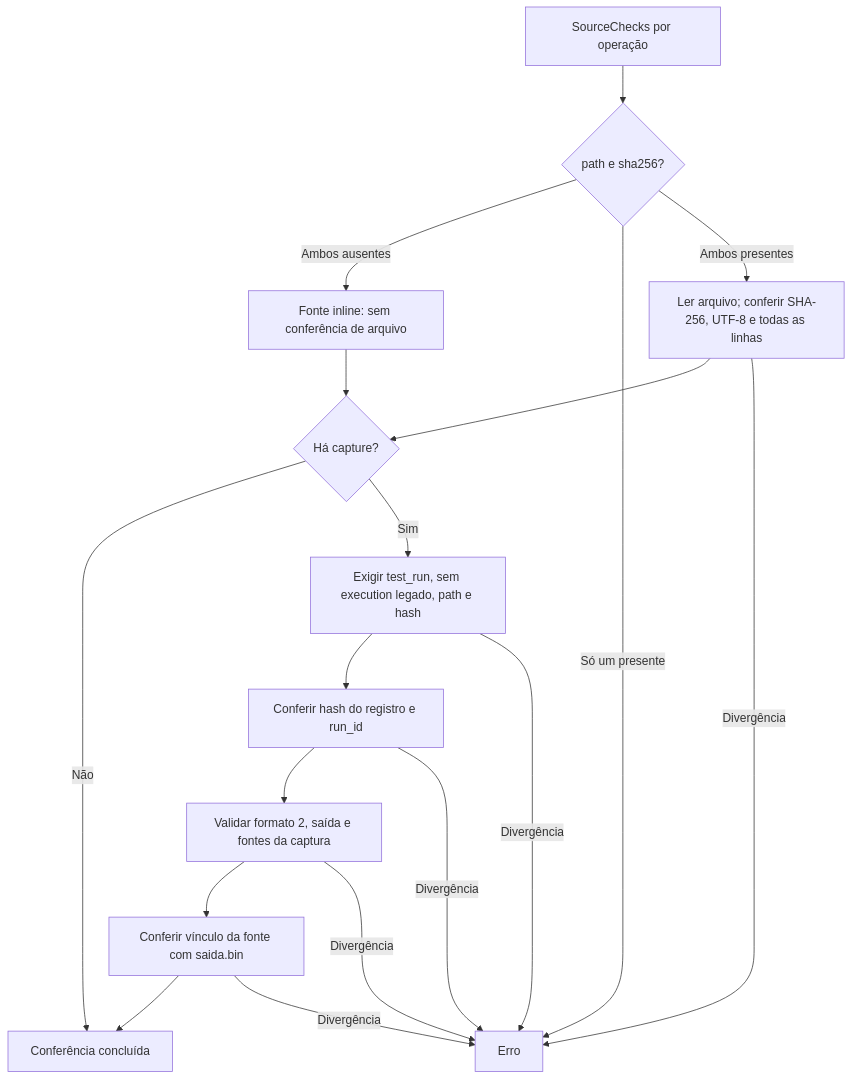
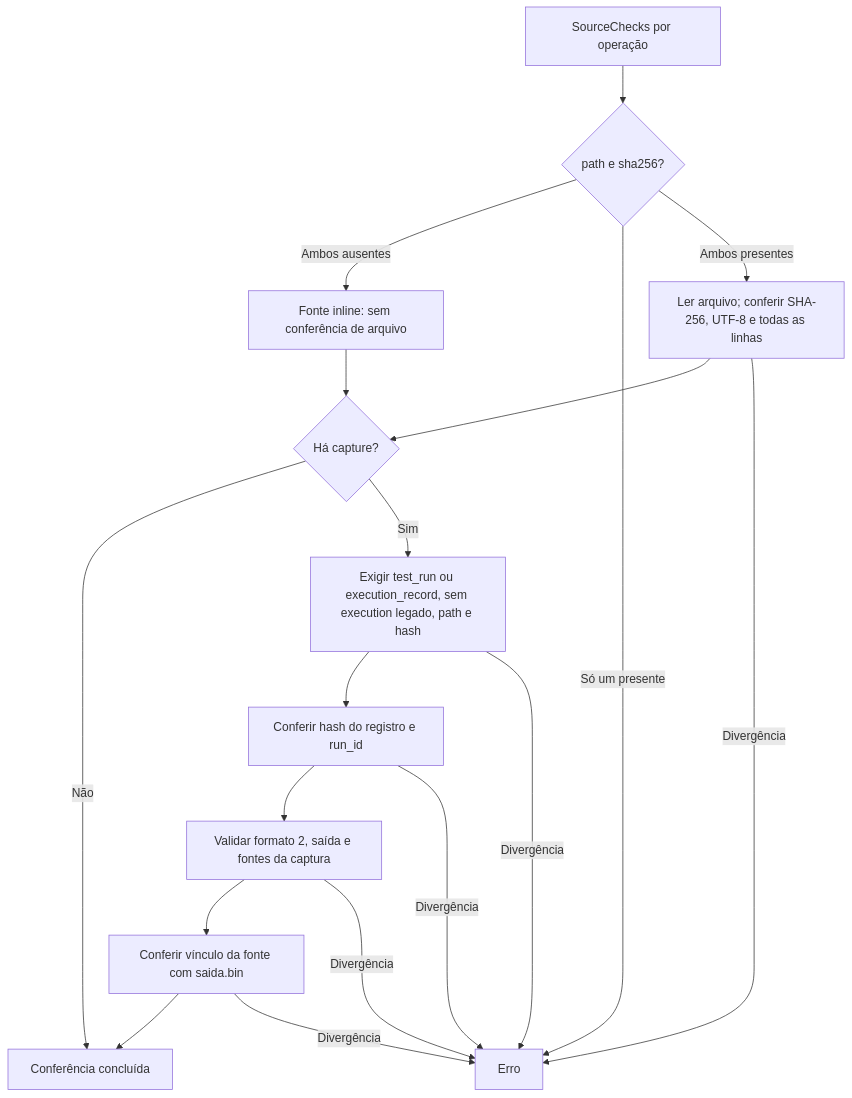
One commit to ViniciusSJV/librarian changed the second of 2 diagrams in crates/librarian-graph-engine/WORKFLOW-V0.1.md. Above: the diagram before and after it, drawn with Mermaid. The commit also changed other lines of this file and 8 other files, not shown here.

````diff
--- a/crates/librarian-graph-engine/WORKFLOW-V0.1.md
+++ b/crates/librarian-graph-engine/WORKFLOW-V0.1.md
@@ -49,16 +49,16 @@
 ```mermaid
 flowchart TD
     A[SourceChecks por operação] --> B{path e sha256?}
     B -->|Ambos ausentes| C[Fonte inline: sem conferência de arquivo]
     B -->|Só um presente| X[Erro]
     B -->|Ambos presentes| D[Ler arquivo; conferir SHA-256, UTF-8 e todas as linhas]
     D --> E{Há capture?}
     C --> E
     E -->|Não| OK[Conferência concluída]
-    E -->|Sim| F[Exigir test_run, sem execution legado, path e hash]
+    E -->|Sim| F[Exigir test_run ou execution_record, sem execution legado, path e hash]
     F --> G[Conferir hash do registro e run_id]
     G --> H[Validar formato 2, saída e fontes da captura]
     H --> I[Conferir vínculo da fonte com saida.bin]
     I --> OK
     D & F & G & H & I -->|Divergência| X
 ```
````
